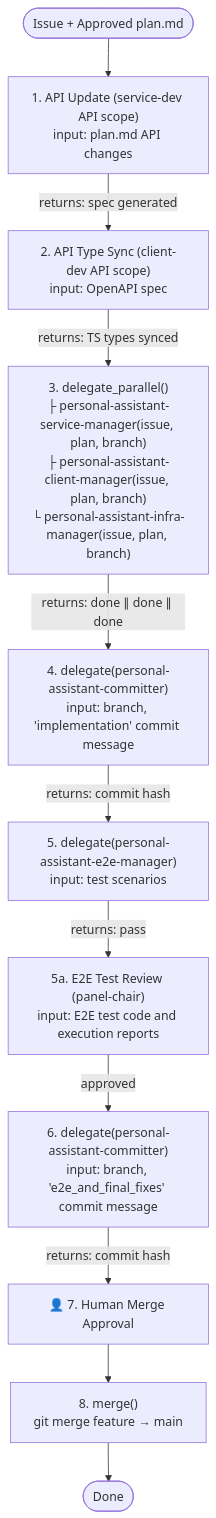
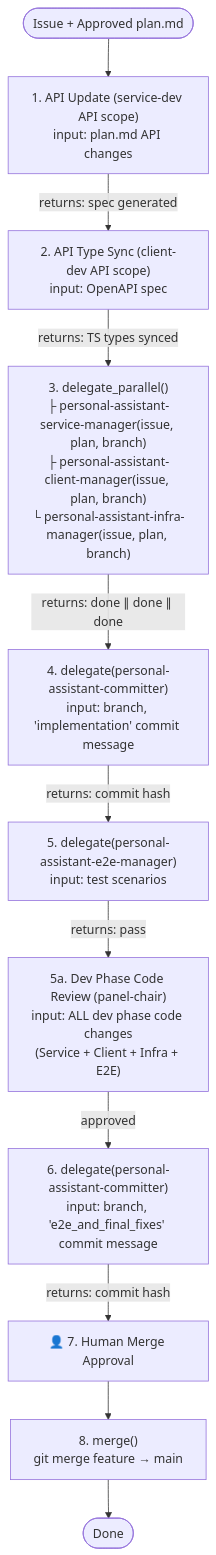
The diagram in .opencode/agents/personal-assistant-dev-manager.md (T-1009/personal-assistant), drawn with Mermaid before and after one commit. The commit also changed other lines of this file and 1 other file, not shown here.

First line of the commit message:
feat: expand panel-chair Dev Phase review to cover all domain code (Service, Client, Infra, E2E)

````diff
--- a/.opencode/agents/personal-assistant-dev-manager.md
+++ b/.opencode/agents/personal-assistant-dev-manager.md
@@ -44,23 +44,23 @@
 ```mermaid
 flowchart TD
     START(["Issue + Approved plan.md"])
 
     START --> S1["1. API Update (service-dev API scope)<br/>input: plan.md API changes"]
     
     S1 -- "returns: spec generated" --> S2["2. API Type Sync (client-dev API scope)<br/>input: OpenAPI spec"]
 
     S2 -- "returns: TS types synced" --> S3["3. delegate_parallel()<br/>├ personal-assistant-service-manager(issue, plan, branch)<br/>├ personal-assistant-client-manager(issue, plan, branch)<br/>└ personal-assistant-infra-manager(issue, plan, branch)"]
 
     S3 -- "returns: done ∥ done ∥ done" --> S4["4. delegate(personal-assistant-committer)<br/>input: branch, 'implementation' commit message"]
 
     S4 -- "returns: commit hash" --> S5["5. delegate(personal-assistant-e2e-manager)<br/>input: test scenarios"]
 
-    S5 -- "returns: pass" --> S5a["5a. E2E Test Review (panel-chair)<br/>input: E2E test code and execution reports"]
+    S5 -- "returns: pass" --> S5a["5a. Dev Phase Code Review (panel-chair)<br/>input: ALL dev phase code changes<br/>(Service + Client + Infra + E2E)"]
 
     S5a -- "approved" --> S6["6. delegate(personal-assistant-committer)<br/>input: branch, 'e2e_and_final_fixes' commit message"]
 
     S6 -- "returns: commit hash" --> G2["👤 7. Human Merge Approval"]
 
     G2 --> S8["8. merge()<br/>git merge feature → main"]
     S8 --> DONE(["Done"])
 ```
````
